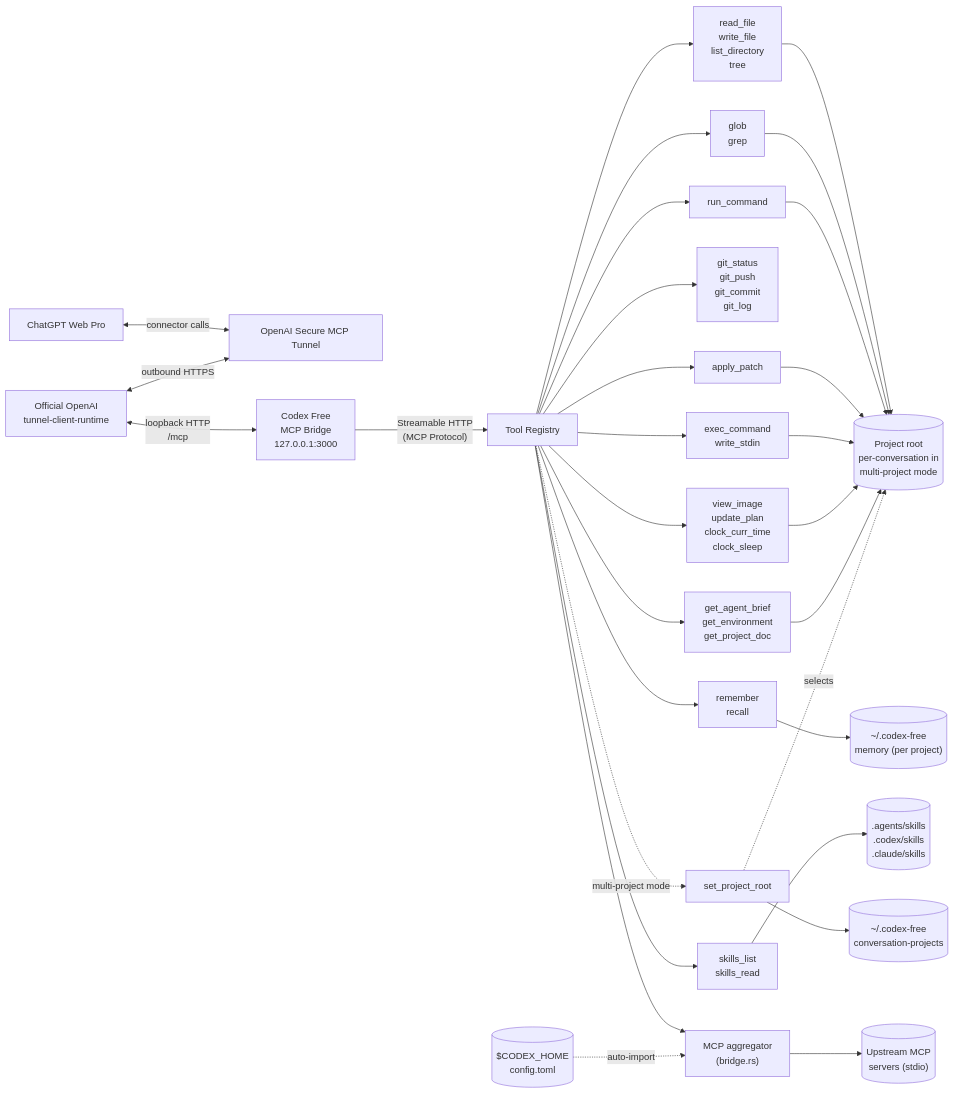
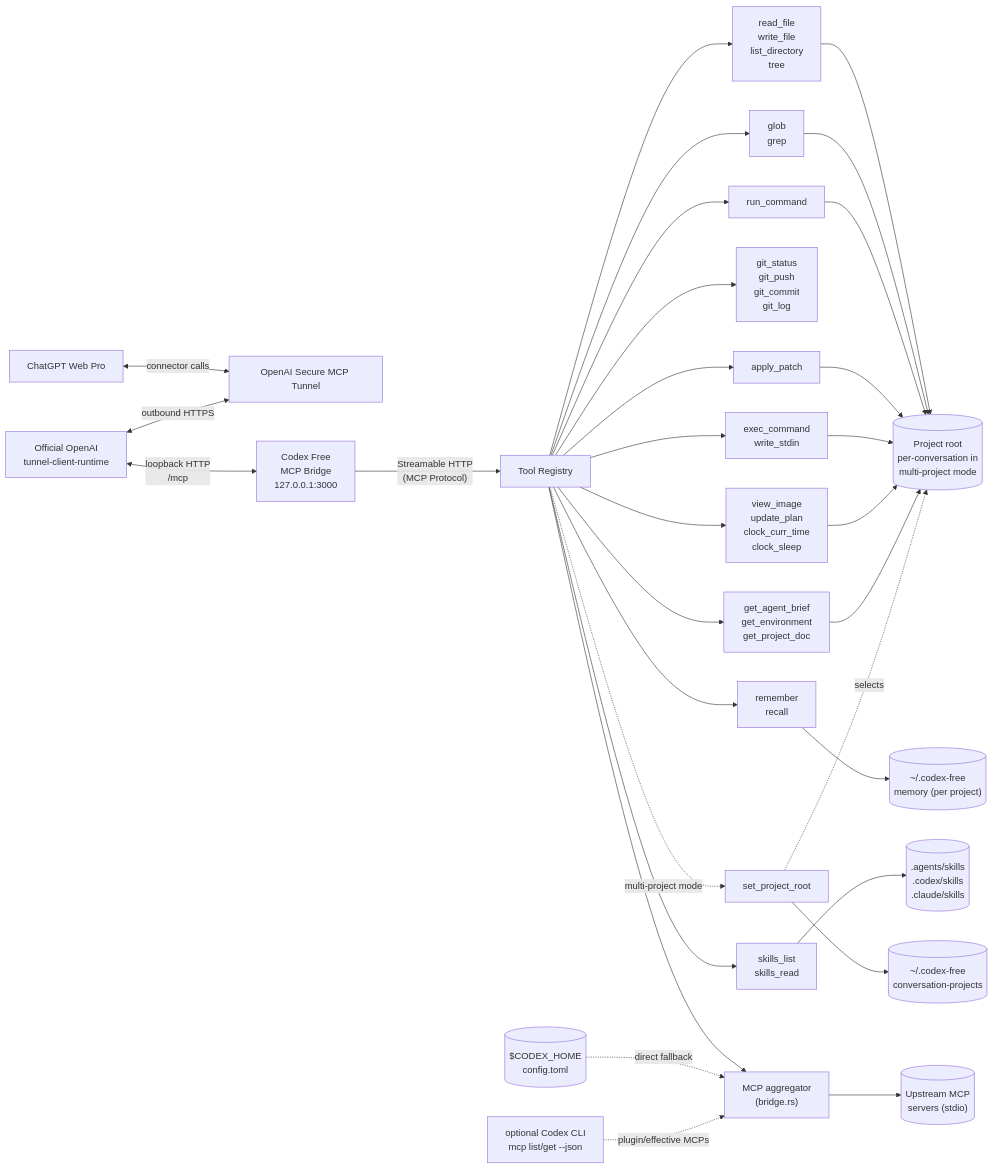
One commit to devnoname120/codex-free changed the diagram in README.md. Above: the diagram before and after it, drawn with Mermaid. The commit also changed other lines of this file and 5 other files, not shown here.

Commit message:
feat: discover plugin MCP servers via Codex CLI

````diff
--- a/README.md
+++ b/README.md
@@ -15,59 +15,61 @@
 ```mermaid
 flowchart LR
     ChatGPT["ChatGPT Web Pro"]
     OpenAITunnel["OpenAI Secure MCP Tunnel"]
     TunnelClient["Official OpenAI\ntunnel-client-runtime"]
     Server["Codex Free\nMCP Bridge\n127.0.0.1:3000"]
     Tools["Tool Registry"]
 
     FS["read_file\nwrite_file\nlist_directory\ntree"]
     Search["glob\ngrep"]
     Shell["run_command"]
     Git["git_status\ngit_push\ngit_commit\ngit_log"]
     Edit["apply_patch"]
     Exec["exec_command\nwrite_stdin"]
     Agent["view_image\nupdate_plan\nclock_curr_time\nclock_sleep"]
     Env["get_agent_brief\nget_environment\nget_project_doc"]
     Mem["remember\nrecall"]
     Skills["skills_list\nskills_read"]
     SetRoot["set_project_root"]
     Bridge["MCP aggregator\n(bridge.rs)"]
     WorkDir[("Project root\nper-conversation in\nmulti-project mode")]
     State[("~/.codex-free\nmemory (per project)")]
     Bindings[("~/.codex-free\nconversation-projects")]
     SkillDirs[(".agents/skills\n.codex/skills\n.claude/skills")]
     CodexCfg[("$CODEX_HOME\nconfig.toml")]
+    CodexCli["optional Codex CLI\nmcp list/get --json"]
     Upstream[("Upstream MCP\nservers (stdio)")]
 
     ChatGPT <-->|"connector calls"| OpenAITunnel
     TunnelClient <-->|"outbound HTTPS"| OpenAITunnel
     TunnelClient <-->|"loopback HTTP\n/mcp"| Server
     Server -- "Streamable HTTP\n(MCP Protocol)" --> Tools
 
     Tools --> FS
     Tools --> Search
     Tools --> Shell
     Tools --> Git
     Tools --> Edit
     Tools --> Exec
     Tools --> Agent
     Tools --> Env
     Tools --> Mem
     Tools --> Skills
     Tools -.->|"multi-project mode"| SetRoot
     Tools --> Bridge
 
     FS --> WorkDir
     Search --> WorkDir
     Shell --> WorkDir
     Edit --> WorkDir
     Exec --> WorkDir
     Agent --> WorkDir
     Env --> WorkDir
     Mem --> State
     Skills --> SkillDirs
     SetRoot --> Bindings
     SetRoot -.->|"selects"| WorkDir
-    CodexCfg -.->|"auto-import"| Bridge
+    CodexCfg -.->|"direct fallback"| Bridge
+    CodexCli -.->|"plugin/effective MCPs"| Bridge
     Bridge --> Upstream
 ```
````
